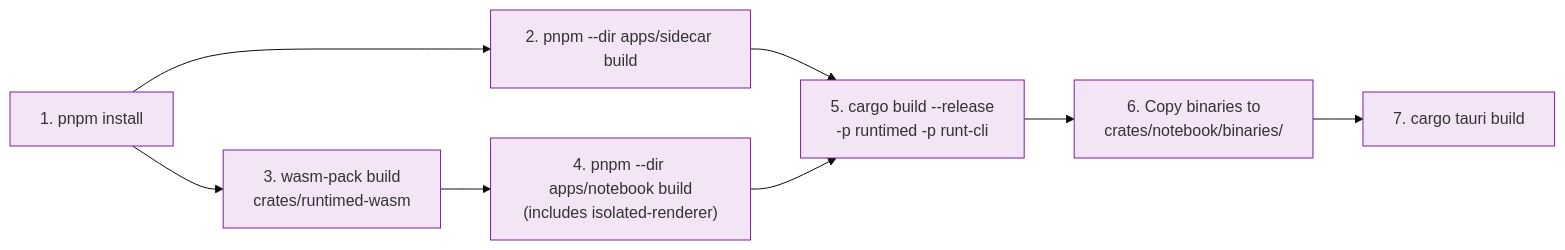
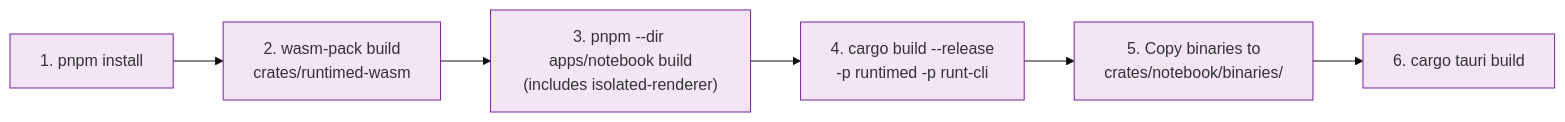
The second of 3 diagrams in contributing/build-dependencies.md (nteract/desktop), drawn with Mermaid (base theme) before and after one commit. The commit also changed other lines of this file and 24 other files, not shown here.

````diff
--- a/contributing/build-dependencies.md
+++ b/contributing/build-dependencies.md
@@ -81,13 +75,11 @@
 ```mermaid
 graph LR
-    A["1. pnpm install"] --> B["2. pnpm --dir apps/sidecar build"]
-    A --> W["3. wasm-pack build<br/>crates/runtimed-wasm"]
-    W --> C["4. pnpm --dir apps/notebook build<br/>(includes isolated-renderer)"]
-    B --> D["5. cargo build --release<br/>-p runtimed -p runt-cli"]
-    C --> D
-    D --> E["6. Copy binaries to<br/>crates/notebook/binaries/"]
-    E --> F["7. cargo tauri build"]
+    A["1. pnpm install"] --> W["2. wasm-pack build<br/>crates/runtimed-wasm"]
+    W --> C["3. pnpm --dir apps/notebook build<br/>(includes isolated-renderer)"]
+    C --> D["4. cargo build --release<br/>-p runtimed -p runt-cli"]
+    D --> E["5. Copy binaries to<br/>crates/notebook/binaries/"]
+    E --> F["6. cargo tauri build"]
 
     classDef step fill:#f3e5f5,stroke:#7b1fa2
-    class A,B,W,C,D,E,F step
+    class A,W,C,D,E,F step
 ```
````
